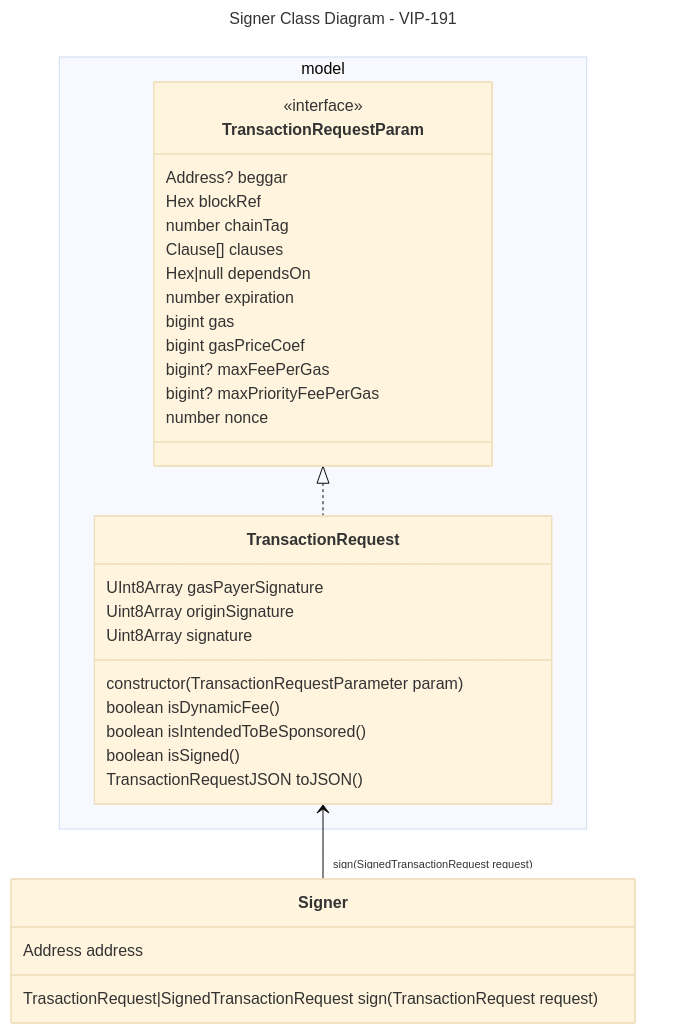
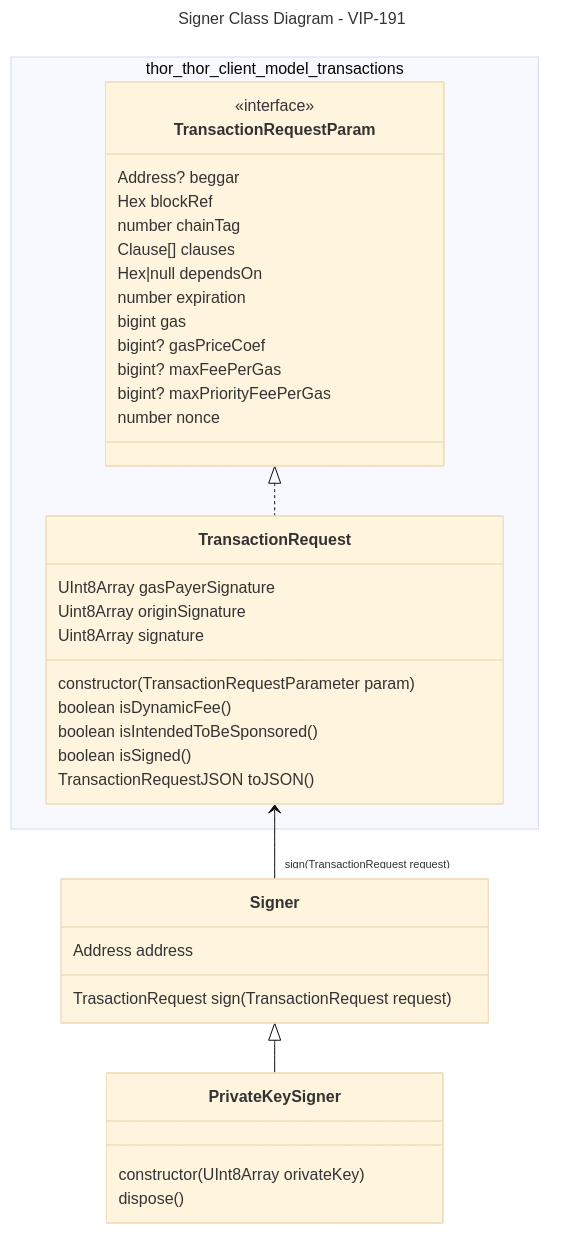
One commit to vechain/vechain-sdk-js changed the diagram in docs/thorest/thor/signer/signer_class.mmd. Above: the diagram before and after it, drawn with Mermaid (base theme). The commit also changed 7 other files, not shown here.

```diff
--- a/docs/thorest/thor/signer/signer_class.mmd
+++ b/docs/thorest/thor/signer/signer_class.mmd
@@ -1,36 +1,41 @@
 ---
 title: Signer Class Diagram - VIP-191
 ---
 classDiagram
-    namespace model {
+    namespace thor_thor_client_model_transactions {
         class TransactionRequest {
             UInt8Array gasPayerSignature
             Uint8Array originSignature
             Uint8Array signature
             constructor(TransactionRequestParameter param)
             boolean isDynamicFee()
             boolean isIntendedToBeSponsored()
             boolean isSigned()
             TransactionRequestJSON toJSON()
         }
         class TransactionRequestParam {
             <<interface>>
             Address? beggar
             Hex blockRef
             number chainTag
             Clause[] clauses
             Hex|null dependsOn
             number expiration
             bigint gas
-            bigint gasPriceCoef
+            bigint? gasPriceCoef
             bigint? maxFeePerGas
             bigint? maxPriorityFeePerGas
             number nonce
         }
     }
     class Signer {
         Address address
-        TrasactionRequest|SignedTransactionRequest sign(TransactionRequest request)
+        TrasactionRequest sign(TransactionRequest request)
     }
+    class PrivateKeySigner {
+        constructor(UInt8Array orivateKey)
+        dispose()
+    }
+    Signer <|-- PrivateKeySigner
     TransactionRequestParam <|.. TransactionRequest
-    TransactionRequest <-- "sign(SignedTransactionRequest request)" Signer
+    TransactionRequest <-- "sign(TransactionRequest request)" Signer
```
